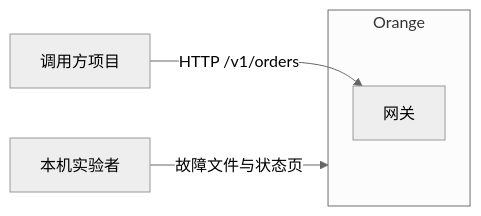
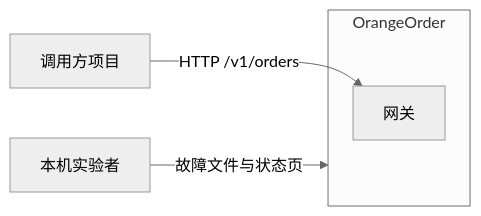
Before and after one commit to iamorangedad/OrangeDistributedSystem: the first of 8 diagrams in docs/architecture.md, drawn with Mermaid (neutral theme). The commit also changed other lines of this file and 40 other files, not shown here.

Commit message:
把对外项目名改为 OrangeOrder，避免被理解成一套分布式平台。

````diff
--- a/docs/architecture.md
+++ b/docs/architecture.md
@@ -17,10 +17,10 @@
 ```mermaid
 flowchart LR
   caller[调用方项目]
   operator[本机实验者]
-  subgraph orange [Orange]
+  subgraph orange [OrangeOrder]
     gateway[网关]
   end
   caller -->|"HTTP /v1/orders"| gateway
   operator -->|故障文件与状态页| orange
 ```
````
